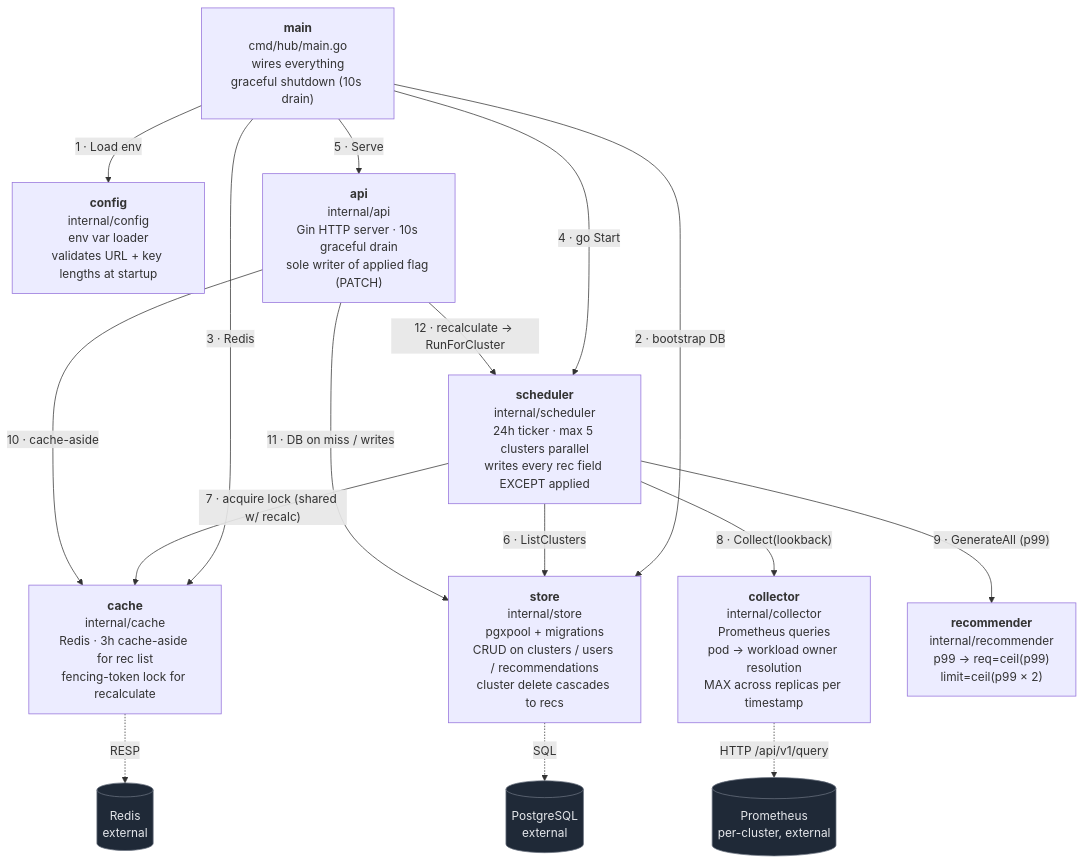
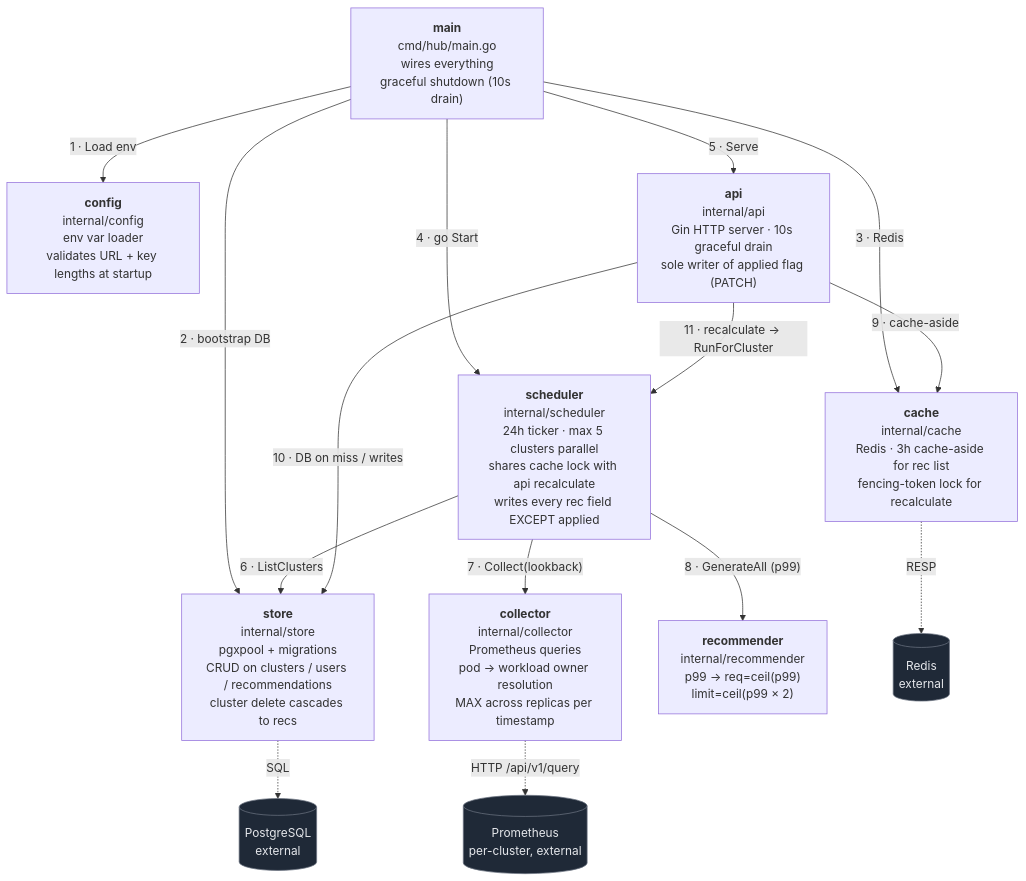
Before and after one commit to RISHABH1270/PodOptix: the diagram in docs/code-map.md, drawn with Mermaid.

Commit message:
docs(code-map): drop crossing lock arrow, move to scheduler box label
The scheduler → cache arrow (acquire lock) crossed api → store and
api → cache arrows and made the right side of the diagram hard to read.

Removed the arrow. Added "shares cache lock with api recalculate" to
the scheduler box text — the reader still sees the fact without the
visual noise. The lock is an implementation detail of coordination,
not a primary data-flow dependency.

Also reverted the renumbering (back to 6-11, since there are 11 arrows
again).

````diff
--- a/docs/code-map.md
+++ b/docs/code-map.md
@@ -3,38 +3,37 @@
 ```mermaid
 flowchart TB
     main["<b>main</b><br/>cmd/hub/main.go<br/>wires everything<br/>graceful shutdown (10s drain)"]
 
     config["<b>config</b><br/>internal/config<br/>env var loader<br/>validates URL + key lengths at startup"]
     store["<b>store</b><br/>internal/store<br/>pgxpool + migrations<br/>CRUD on clusters / users / recommendations<br/>cluster delete cascades to recs"]
     cache["<b>cache</b><br/>internal/cache<br/>Redis · 3h cache-aside for rec list<br/>fencing-token lock for recalculate"]
     collector["<b>collector</b><br/>internal/collector<br/>Prometheus queries<br/>pod → workload owner resolution<br/>MAX across replicas per timestamp"]
     recommender["<b>recommender</b><br/>internal/recommender<br/>p99 → req=ceil(p99)<br/>limit=ceil(p99 × 2)"]
-    scheduler["<b>scheduler</b><br/>internal/scheduler<br/>24h ticker · max 5 clusters parallel<br/>writes every rec field EXCEPT applied"]
+    scheduler["<b>scheduler</b><br/>internal/scheduler<br/>24h ticker · max 5 clusters parallel<br/>shares cache lock with api recalculate<br/>writes every rec field EXCEPT applied"]
     api["<b>api</b><br/>internal/api<br/>Gin HTTP server · 10s graceful drain<br/>sole writer of applied flag (PATCH)"]
 
     pg[("PostgreSQL<br/>external")]
     rd[("Redis<br/>external")]
     prom[("Prometheus<br/>per-cluster, external")]
 
     main -->|"1 · Load env"| config
     main -->|"2 · bootstrap DB"| store
     main -->|"3 · Redis"| cache
     main -->|"4 · go Start"| scheduler
     main -->|"5 · Serve"| api
 
     scheduler -->|"6 · ListClusters"| store
-    scheduler -->|"7 · acquire lock (shared w/ recalc)"| cache
-    scheduler -->|"8 · Collect(lookback)"| collector
-    scheduler -->|"9 · GenerateAll (p99)"| recommender
+    scheduler -->|"7 · Collect(lookback)"| collector
+    scheduler -->|"8 · GenerateAll (p99)"| recommender
 
-    api -->|"10 · cache-aside"| cache
-    api -->|"11 · DB on miss / writes"| store
-    api -->|"12 · recalculate → RunForCluster"| scheduler
+    api -->|"9 · cache-aside"| cache
+    api -->|"10 · DB on miss / writes"| store
+    api -->|"11 · recalculate → RunForCluster"| scheduler
 
     store -.->|SQL| pg
     cache -.->|RESP| rd
     collector -.->|HTTP /api/v1/query| prom
 
     classDef ext fill:#1f2937,stroke:#6b7280,color:#e5e7eb
     class pg,rd,prom ext
 ```
````
